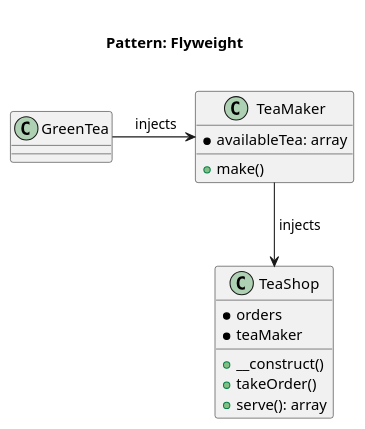
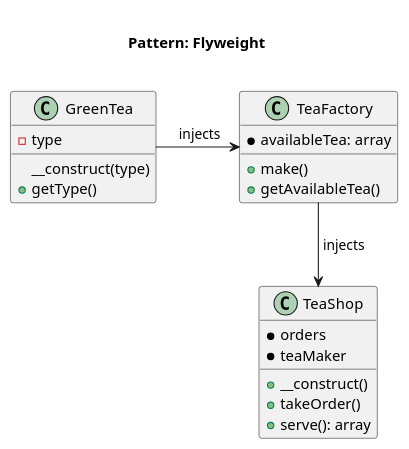
Before and after one commit to rosselli/design-patterns-implemented.concepts: the diagram in patterns/structural/flyweight/kamran-ahmed/diagram.pu, drawn with PlantUML. The commit also changed 15 other files, not shown here.

```diff
--- a/patterns/structural/flyweight/kamran-ahmed/diagram.pu
+++ b/patterns/structural/flyweight/kamran-ahmed/diagram.pu
@@ -1,21 +1,27 @@
 @startuml
     Title <size:20>\nPattern: Flyweight\n
 
-    class GreenTea
+    class GreenTea {
+    	- type
+    	__construct(type)
+    	+ getType()
+
+    }
 
     class TeaShop {
         * orders
         * teaMaker
         + __construct()
         + takeOrder()
         + serve(): array
     }
 
-    class TeaMaker {
+    class TeaFactory {
         * availableTea: array
         + make()
+        + getAvailableTea()
     }
 
-    GreenTea -right-> TeaMaker: " injects"
-    TeaMaker --> TeaShop: " injects"
+    GreenTea -right-> TeaFactory: " injects"
+    TeaFactory --> TeaShop: " injects"
 @enduml
```
